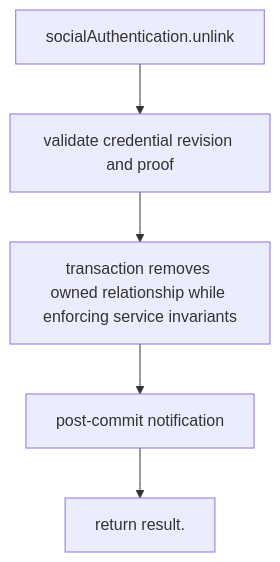
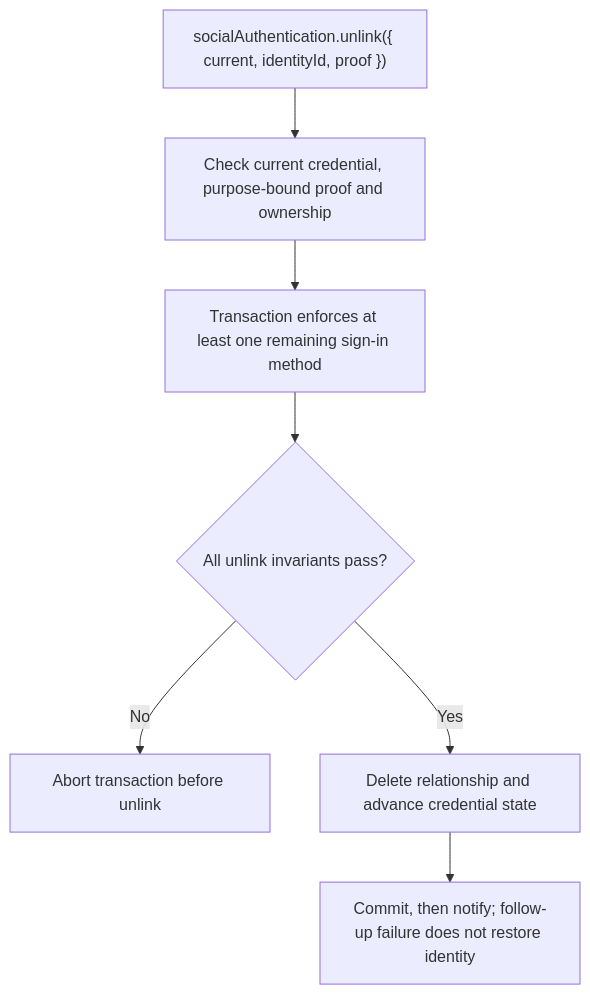
Before and after one commit to Kevinjohn/oss-adonisjs-account-kit: the second of 2 diagrams in user-stories/US-ACCOUNT-22-unlink-social-identity.md, drawn with Mermaid. The commit also changed other lines of this file and 9 other files, not shown here.

````diff
--- a/user-stories/US-ACCOUNT-22-unlink-social-identity.md
+++ b/user-stories/US-ACCOUNT-22-unlink-social-identity.md
@@ -33,12 +32,9 @@
 ```mermaid
 flowchart TD
-    C0["socialAuthentication.unlink"]
-    C1["validate credential revision and proof"]
-    C0 --> C1
-    C2["transaction removes owned relationship while enforcing service invariants"]
-    C1 --> C2
-    C3["post-commit notification"]
-    C2 --> C3
-    C4["return result."]
-    C3 --> C4
+ A["socialAuthentication.unlink({ current, identityId, proof })"] --> B["Check current credential, purpose-bound proof and ownership"]
+ B --> C["Transaction enforces at least one remaining sign-in method"]
+ C --> D{"All unlink invariants pass?"}
+ D -->|No| E["Abort transaction before unlink"]
+ D -->|Yes| F["Delete relationship and advance credential state"]
+ F --> G["Commit, then notify; follow-up failure does not restore identity"]
 ```
````
